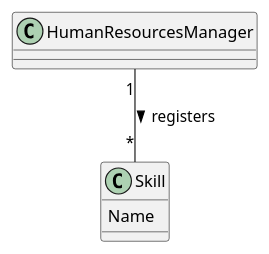
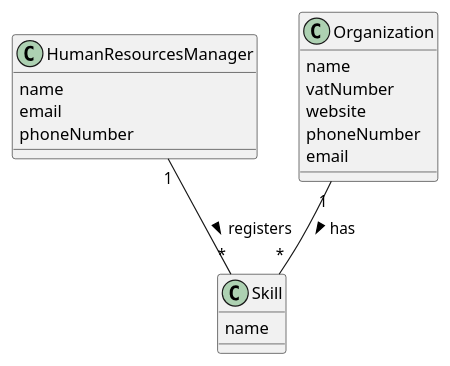
One commit to 1231635-Amorim/UrbanParkitekts changed the diagram in docs/sprintA/us001/02.analysis/puml/us001-domain-model.puml. Above: the diagram before and after it, drawn with PlantUML. The commit also changed 4 other files, not shown here.

```diff
--- a/docs/sprintA/us001/02.analysis/puml/us001-domain-model.puml
+++ b/docs/sprintA/us001/02.analysis/puml/us001-domain-model.puml
@@ -1,12 +1,24 @@
 @startuml
 
 class HumanResourcesManager {
+    name
+    email
+    phoneNumber
 }
 
 class Skill {
-    Name
+    name
+}
+
+class Organization {
+    name
+    vatNumber
+    website
+    phoneNumber
+    email
 }
 
 HumanResourcesManager "1" -- "*" Skill : registers >
+Organization "1" -- "*" Skill : has >
 
 @enduml
```
